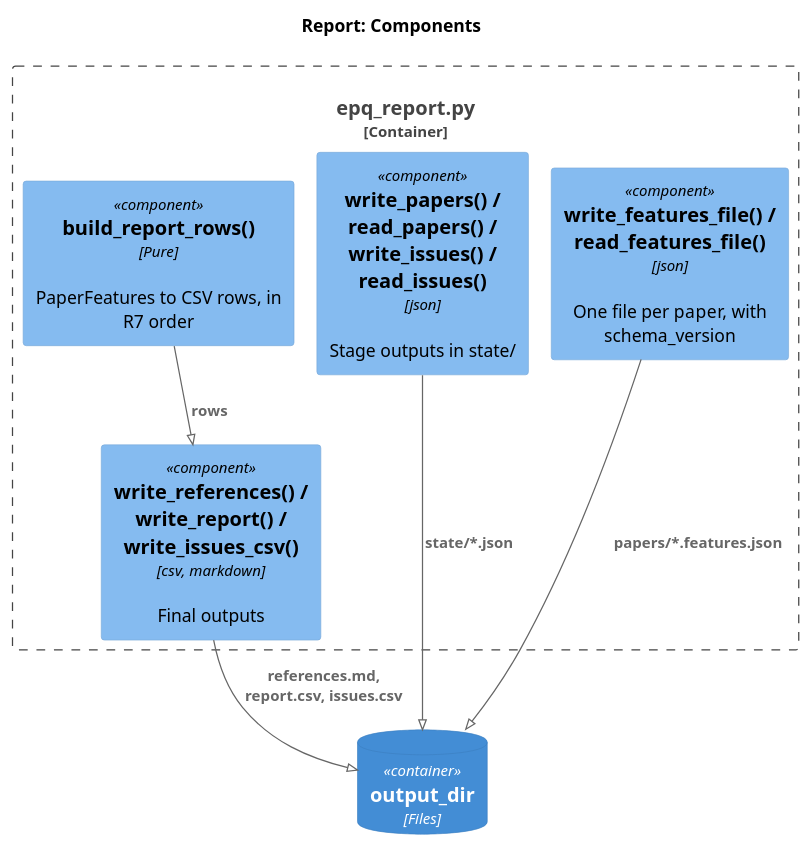
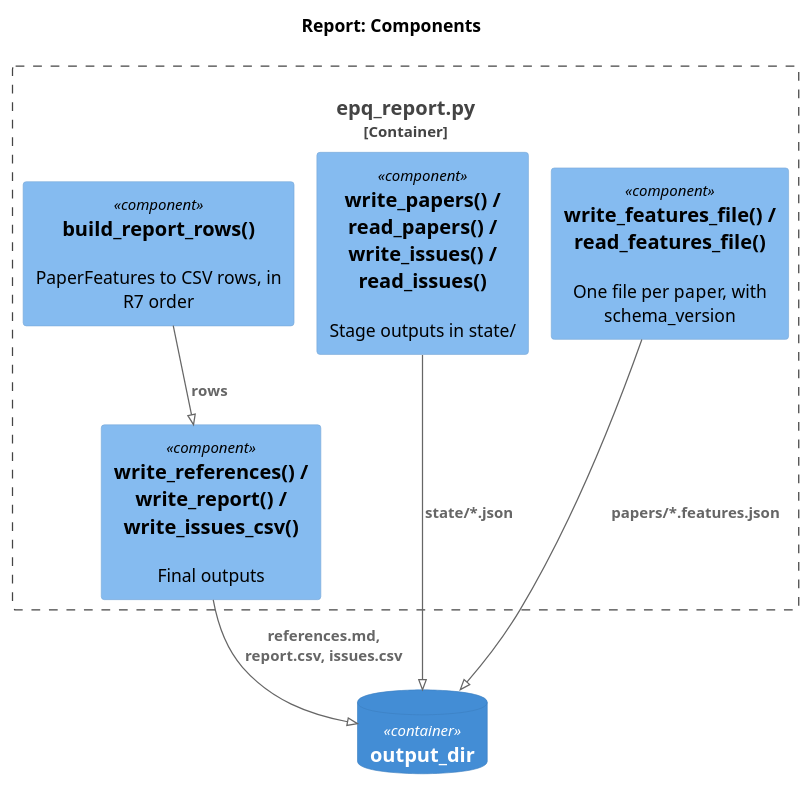
The diagram in research/Estimate_academic_paper_quality/docs/02.7-design.report.md (gpsaggese/gpsaggese.github.io), drawn with PlantUML before and after one commit. The commit also changed other lines of this file and 8 other files, not shown here.

````diff
--- a/research/Estimate_academic_paper_quality/docs/02.7-design.report.md
+++ b/research/Estimate_academic_paper_quality/docs/02.7-design.report.md
@@ -28,17 +35,17 @@
 ```plantuml
 !pragma layout smetana
 !include <C4/C4_Component>
 LAYOUT_TOP_DOWN()
 title Report: Components
 Container_Boundary(r, "epq_report.py") {
-  Component(state, "write_papers() / read_papers() / write_issues() / read_issues()", "json", "Stage outputs in state/")
-  Component(feat, "write_features_file() / read_features_file()", "json", "One file per paper, with schema_version")
-  Component(rows, "build_report_rows()", "Pure", "PaperFeatures to CSV rows, in R7 order")
-  Component(out, "write_references() / write_report() / write_issues_csv()", "csv, markdown", "Final outputs")
+  Component(state, "write_papers() / read_papers() / write_issues() / read_issues()", "", "Stage outputs in state/")
+  Component(feat, "write_features_file() / read_features_file()", "", "One file per paper, with schema_version")
+  Component(rows, "build_report_rows()", "", "PaperFeatures to CSV rows, in R7 order")
+  Component(out, "write_references() / write_report() / write_issues_csv()", "", "Final outputs")
 }
-ContainerDb(dir, "output_dir", "Files", "")
+ContainerDb(dir, "output_dir", "", "")
 Rel(state, dir, "state/*.json")
 Rel(feat, dir, "papers/*.features.json")
 Rel(rows, out, "rows")
 Rel(out, dir, "references.md, report.csv, issues.csv")
 ```
````
